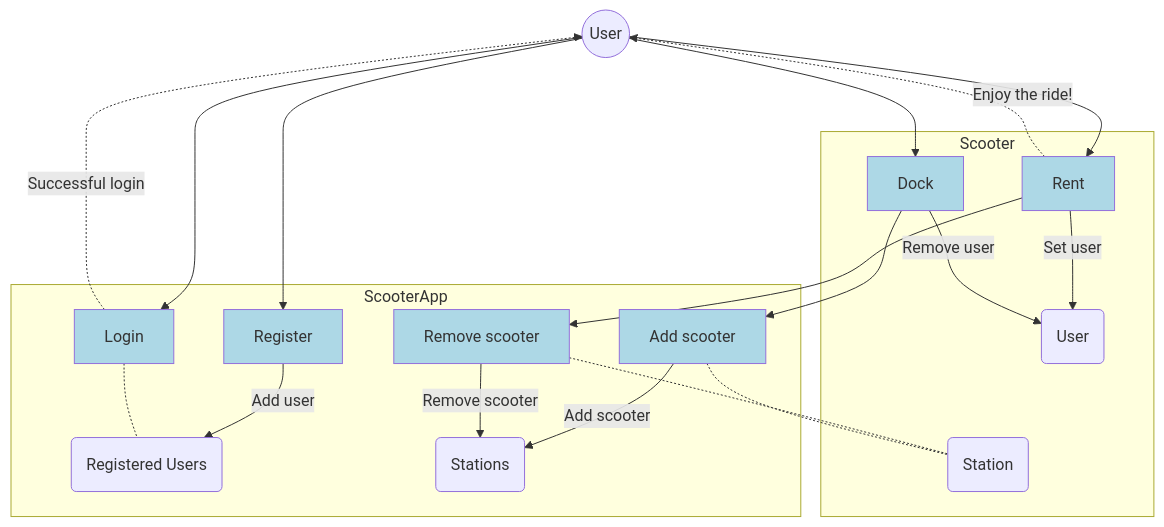
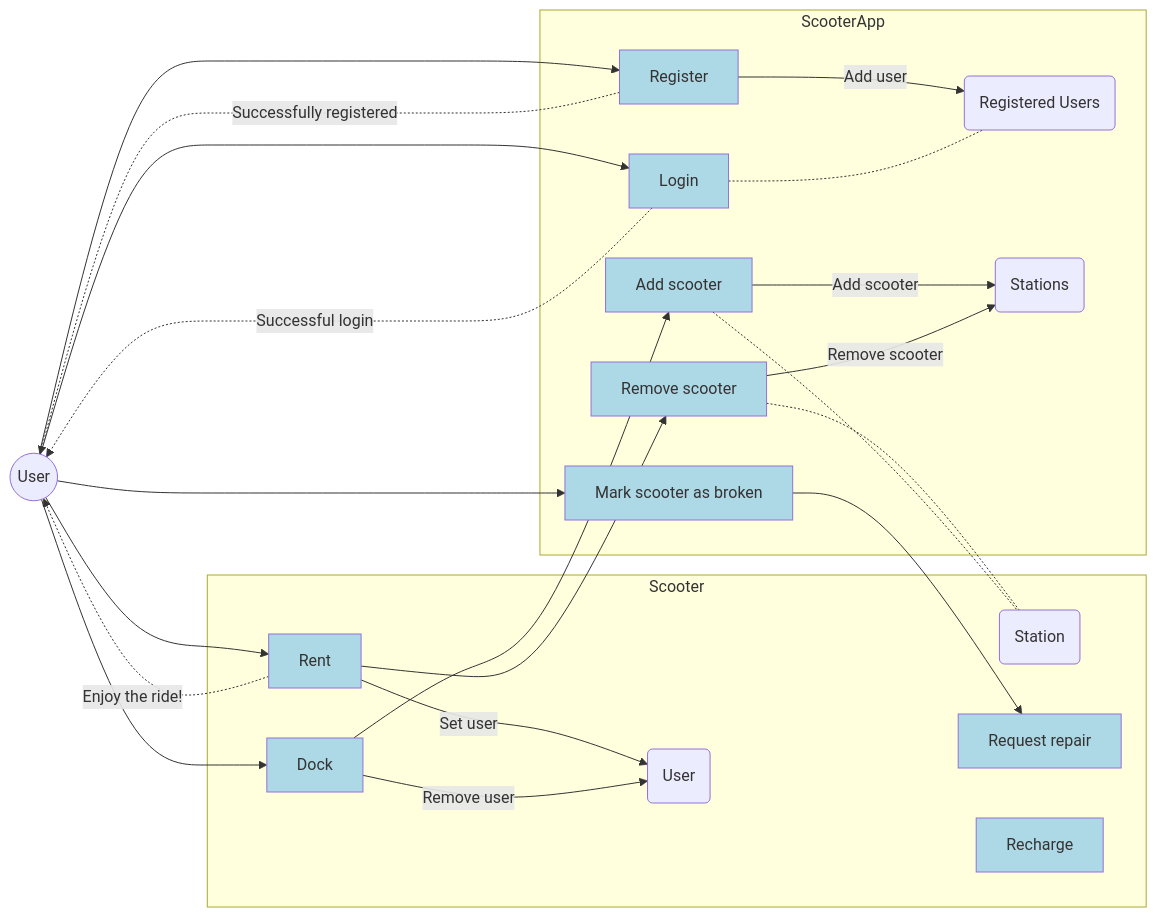
The diagram in spec/use_case_diagram.mmd (leons-sky/scooter-project), drawn with Mermaid before and after one commit.

```diff
--- a/spec/use_case_diagram.mmd
+++ b/spec/use_case_diagram.mmd
@@ -1,35 +1,42 @@
-flowchart TD
+flowchart LR
     USER((User))
     USER --> R1
     USER --> L1
     USER --> RENT
     RENT -.->|Enjoy the ride!| USER
+    R1 -.->|Successfully registered| USER
     L1 -.->|Successful login| USER
     USER --> DOCK
     DOCK --> SA1
     RENT --> SR1
     SR1 -.- STATION
     SA1 -.- STATION
+    USER --> MSAB
+    
+    MSAB --> RR
     subgraph app [ScooterApp]
         R1[Register]:::func
         USERS(Registered Users)
         R1 -->|Add user| USERS
         L1[Login]:::func
         L1 -.- USERS
         STATIONS(Stations)
         SA1[Add scooter]:::func
         SA1 -->|Add scooter| STATIONS
         SR1[Remove scooter]:::func
         SR1 -->|Remove scooter| STATIONS
+        MSAB[Mark scooter as broken]:::func
     end
     subgraph scooter [Scooter]
         STATION(Station)
         SUSER(User)
         RENT[Rent]:::func
         DOCK[Dock]:::func
+        CHG[Recharge]:::func
+        RR[Request repair]:::func
         RENT -->|Set user| SUSER
         DOCK -->|Remove user| SUSER
     end
 
     classDef func fill:lightblue
     classDef proc fill:lime
```
